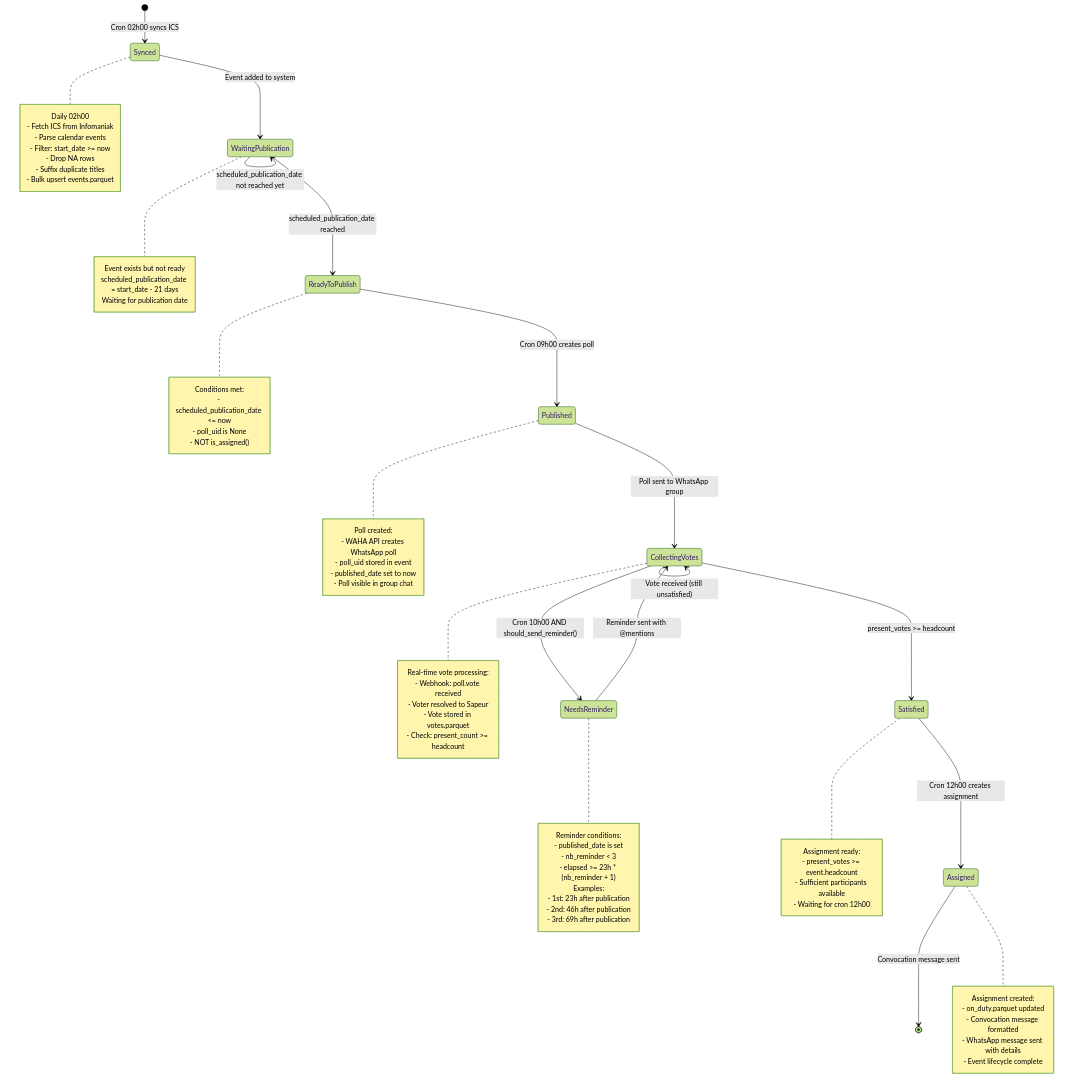
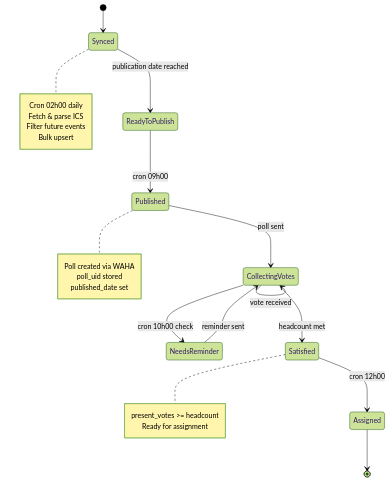
The third of 5 diagrams in README.md (Gardebot/Gardebot), drawn with Mermaid (forest theme) before and after one commit. The commit also changed other lines of this file, not shown here.

````diff
--- a/README.md
+++ b/README.md
@@ -5,88 +112,31 @@
 ```mermaid
 stateDiagram-v2
-    [*] --> Synced: Cron 02h00 syncs ICS
-    
-    Synced --> WaitingPublication: Event added to system
-    
-    WaitingPublication --> WaitingPublication: scheduled_publication_date not reached yet
-    WaitingPublication --> ReadyToPublish: scheduled_publication_date reached
-    
-    ReadyToPublish --> Published: Cron 09h00 creates poll
-    
-    Published --> CollectingVotes: Poll sent to WhatsApp group
-    
-    CollectingVotes --> CollectingVotes: Vote received (still unsatisfied)
-    CollectingVotes --> NeedsReminder: Cron 10h00 AND should_send_reminder()
-    CollectingVotes --> Satisfied: present_votes >= headcount
-    
-    NeedsReminder --> CollectingVotes: Reminder sent with @mentions
-    
-    Satisfied --> Assigned: Cron 12h00 creates assignment
-    
-    Assigned --> [*]: Convocation message sent
+    [*] --> Synced
+    Synced --> ReadyToPublish: publication date reached
+    ReadyToPublish --> Published: cron 09h00
+    Published --> CollectingVotes: poll sent
+    CollectingVotes --> CollectingVotes: vote received
+    CollectingVotes --> NeedsReminder: cron 10h00 check
+    CollectingVotes --> Satisfied: headcount met
+    NeedsReminder --> CollectingVotes: reminder sent
+    Satisfied --> Assigned: cron 12h00
+    Assigned --> [*]
     
     note right of Synced
-        Daily 02h00
-        - Fetch ICS from Infomaniak
-        - Parse calendar events
-        - Filter: start_date >= now
-        - Drop NA rows
-        - Suffix duplicate titles
-        - Bulk upsert events.parquet
-    end note
-    
-    note right of WaitingPublication
-        Event exists but not ready
-        scheduled_publication_date = start_date - 21 days
-        Waiting for publication date
-    end note
-    
-    note right of ReadyToPublish
-        Conditions met:
-        - scheduled_publication_date <= now
-        - poll_uid is None
-        - NOT is_assigned()
+        Cron 02h00 daily
+        Fetch & parse ICS
+        Filter future events
+        Bulk upsert
     end note
     
     note right of Published
-        Poll created:
-        - WAHA API creates WhatsApp poll
-        - poll_uid stored in event
-        - published_date set to now
-        - Poll visible in group chat
-    end note
-    
-    note right of CollectingVotes
-        Real-time vote processing:
-        - Webhook: poll.vote received
-        - Voter resolved to Sapeur
-        - Vote stored in votes.parquet
-        - Check: present_count >= headcount
-    end note
-    
-    note right of NeedsReminder
-        Reminder conditions:
-        - published_date is set
-        - nb_reminder < 3
-        - elapsed >= 23h * (nb_reminder + 1)
-        Examples:
-        - 1st: 23h after publication
-        - 2nd: 46h after publication
-        - 3rd: 69h after publication
+        Poll created via WAHA
+        poll_uid stored
+        published_date set
     end note
     
     note right of Satisfied
-        Assignment ready:
-        - present_votes >= event.headcount
-        - Sufficient participants available
-        - Waiting for cron 12h00
-    end note
-    
-    note right of Assigned
-        Assignment created:
-        - on_duty.parquet updated
-        - Convocation message formatted
-        - WhatsApp message sent with details
-        - Event lifecycle complete
+        present_votes >= headcount
+        Ready for assignment
     end note
 ```
````
